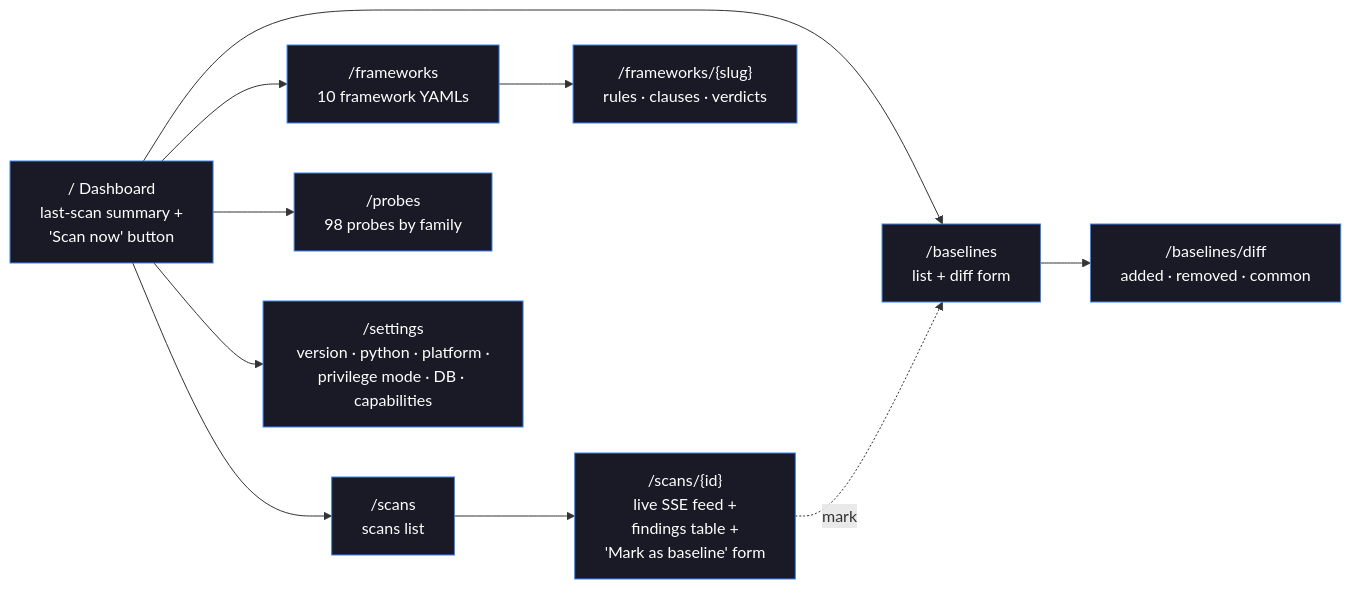
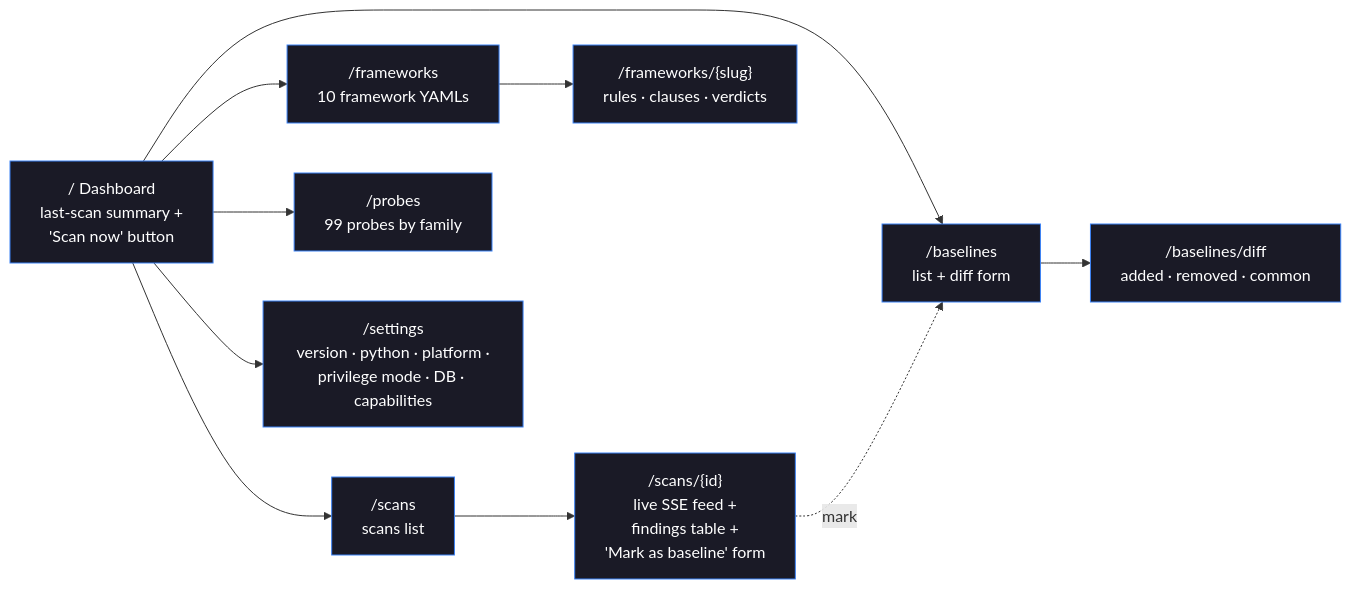
One commit to orengacademy/pqc-scanner2 changed the fourth of 8 diagrams in README.md. Above: the diagram before and after it, drawn with Mermaid. The commit also changed other lines of this file and 7 other files, not shown here.

````diff
--- a/README.md
+++ b/README.md
@@ -225,22 +225,22 @@
 ```mermaid
 flowchart LR
     HOME["/  Dashboard<br/>last-scan summary +<br/>'Scan now' button"]
     SCANS["/scans<br/>scans list"]
     DETAIL["/scans/{id}<br/>live SSE feed +<br/>findings table +<br/>'Mark as baseline' form"]
     FRAMEWORKS["/frameworks<br/>10 framework YAMLs"]
     FW_DET["/frameworks/{slug}<br/>rules · clauses · verdicts"]
-    PROBES["/probes<br/>98 probes by family"]
+    PROBES["/probes<br/>99 probes by family"]
     BASELINES["/baselines<br/>list + diff form"]
     DIFF["/baselines/diff<br/>added · removed · common"]
     SETTINGS["/settings<br/>version · python · platform ·<br/>privilege mode · DB · capabilities"]
 
     HOME --> SCANS --> DETAIL
     HOME --> FRAMEWORKS --> FW_DET
     HOME --> PROBES
     HOME --> BASELINES --> DIFF
     DETAIL -.mark.-> BASELINES
     HOME --> SETTINGS
 
     classDef page fill:#1a1a26,color:#fff,stroke:#3b82f6
     class HOME,SCANS,DETAIL,FRAMEWORKS,FW_DET,PROBES,BASELINES,DIFF,SETTINGS page
 ```
````
